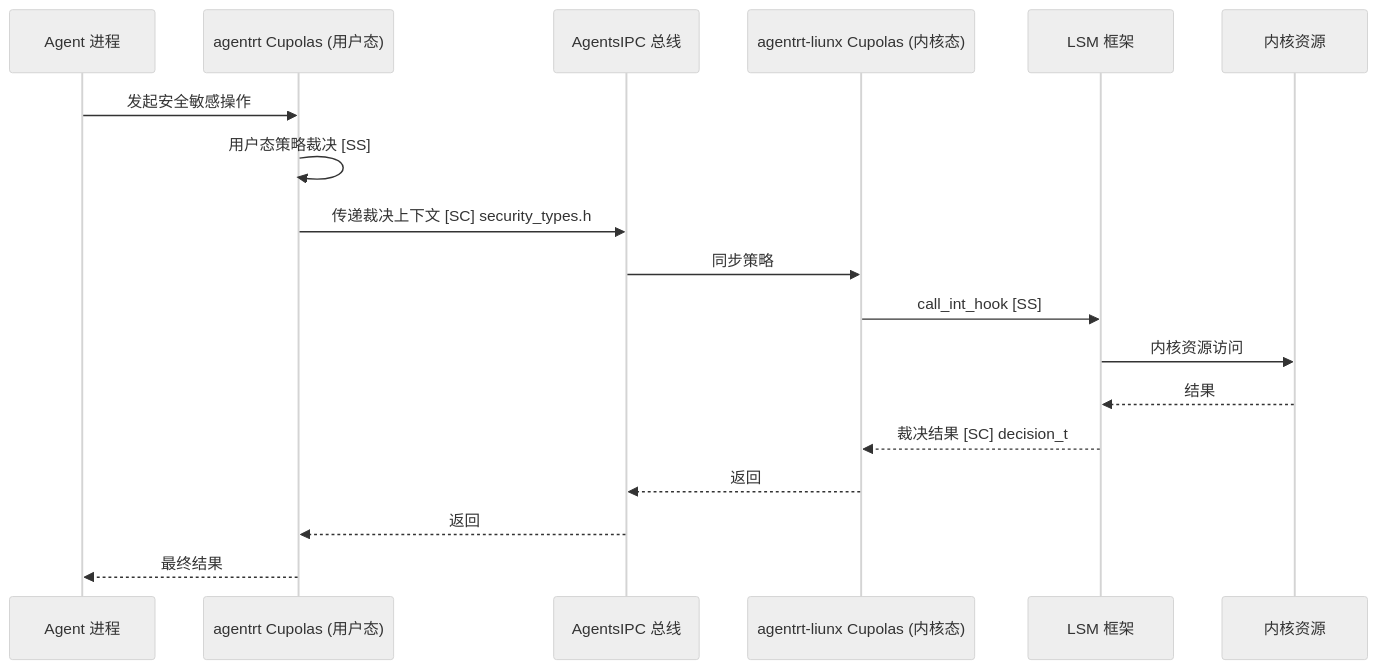
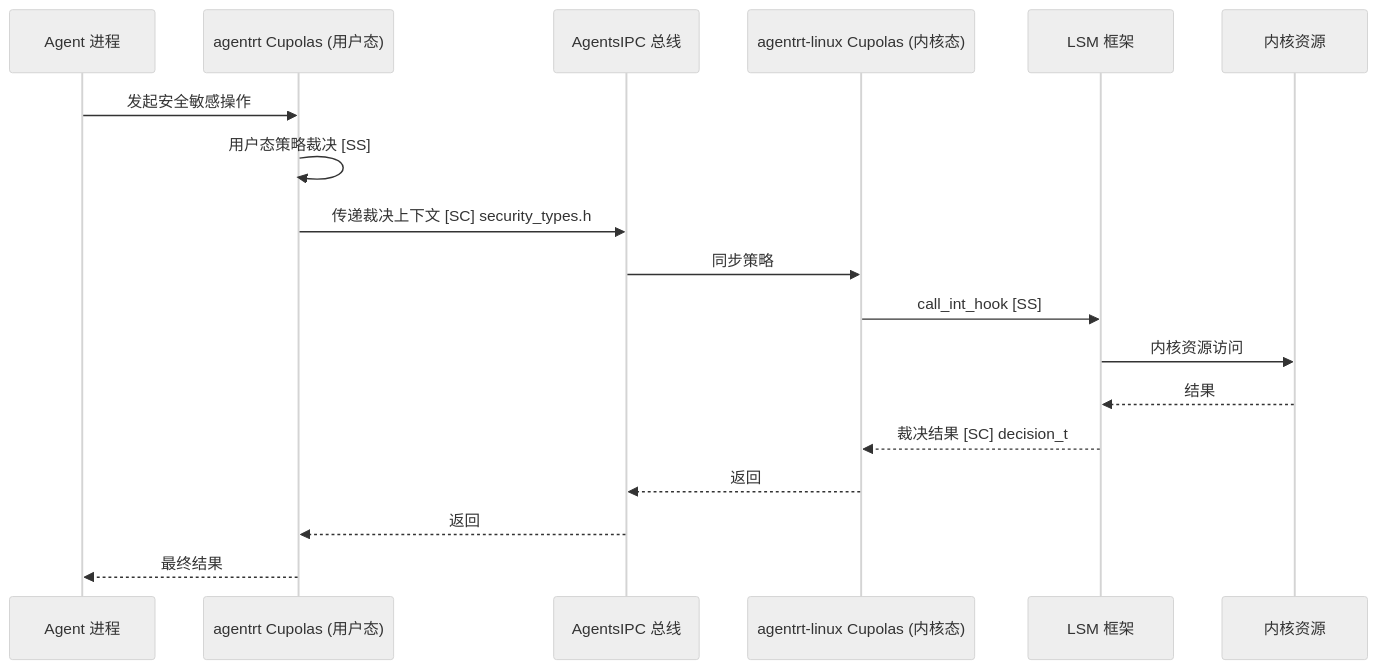
One commit to openairymax/docs changed the second of 2 diagrams in AirymaxOS/20-modules/03-security.md. Above: the diagram before and after it, drawn with Mermaid (neutral theme). The commit also changed other lines of this file and 75 other files, not shown here.

````diff
--- a/AirymaxOS/20-modules/03-security.md
+++ b/AirymaxOS/20-modules/03-security.md
@@ -493,21 +493,21 @@
 ```mermaid
 sequenceDiagram
     participant AGENT as Agent 进程
     participant CUP_U as agentrt Cupolas (用户态)
     participant IPC as AgentsIPC 总线
-    participant CUP_K as agentrt-liunx Cupolas (内核态)
+    participant CUP_K as agentrt-linux Cupolas (内核态)
     participant LSM as LSM 框架
     participant KRES as 内核资源
 
     AGENT->>CUP_U: 发起安全敏感操作
     CUP_U->>CUP_U: 用户态策略裁决 [SS]
     CUP_U->>IPC: 传递裁决上下文 [SC] security_types.h
     IPC->>CUP_K: 同步策略
     CUP_K->>LSM: call_int_hook [SS]
     LSM->>KRES: 内核资源访问
     KRES-->>LSM: 结果
     LSM-->>CUP_K: 裁决结果 [SC] decision_t
     CUP_K-->>IPC: 返回
     IPC-->>CUP_U: 返回
     CUP_U-->>AGENT: 最终结果
 ```
````
